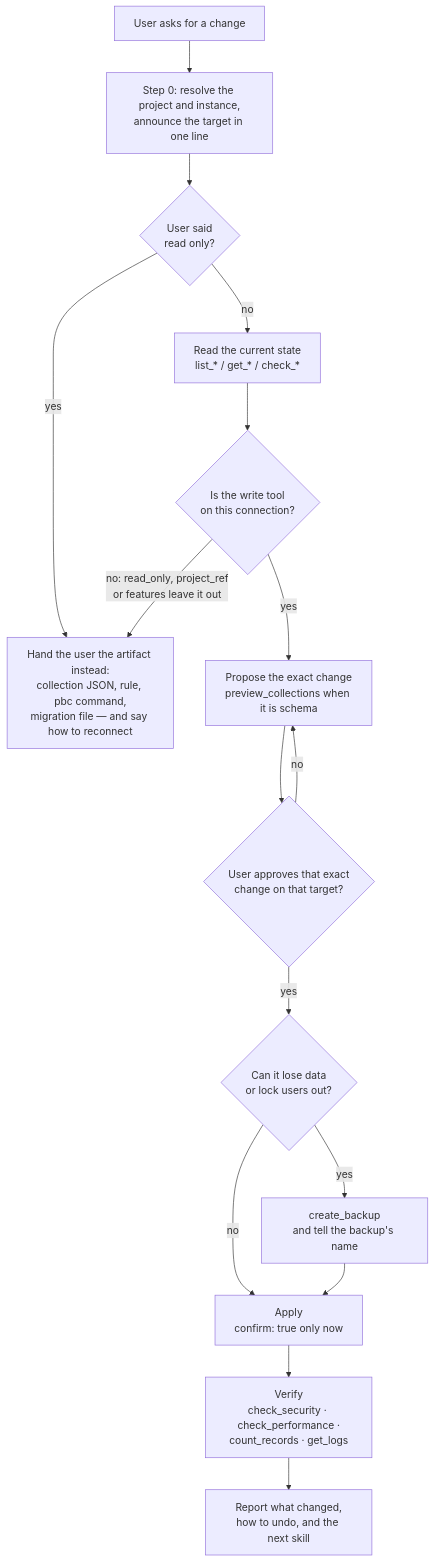
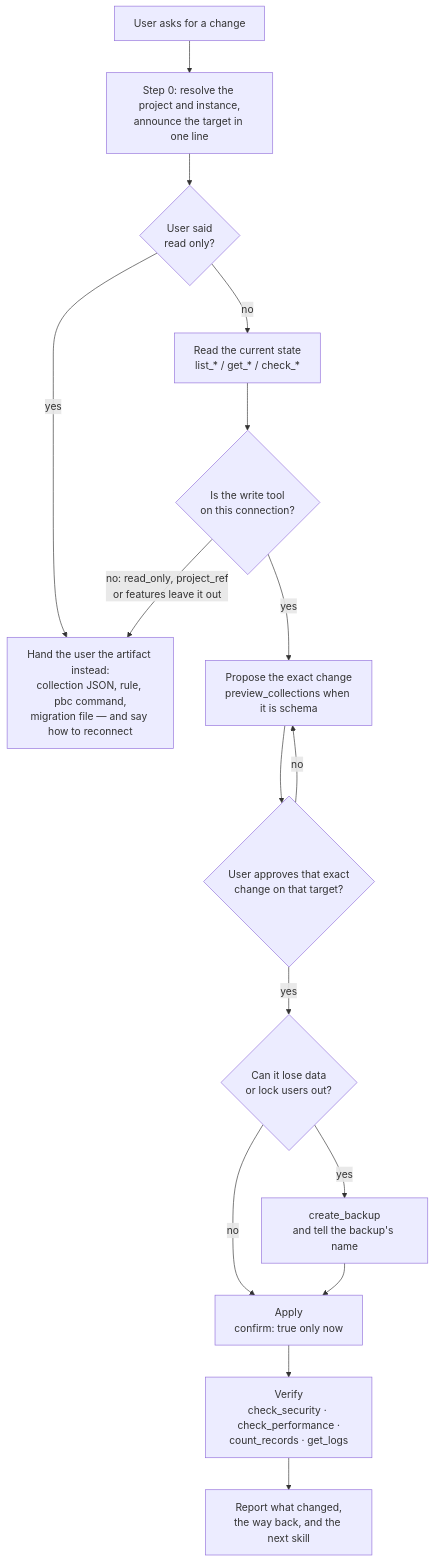
One commit to pocketbasecloud/mcp changed the third of 8 diagrams in docs/skill-design/use-cases.md. Above: the diagram before and after it, drawn with Mermaid. The commit also changed other lines of this file and 4 other files, not shown here.

````diff
--- a/docs/skill-design/use-cases.md
+++ b/docs/skill-design/use-cases.md
@@ -152,18 +153,18 @@
 ```mermaid
 flowchart TD
   ask["User asks for a change"] --> target["Step 0: resolve the project and instance,<br/>announce the target in one line"]
   target --> ro{"User said<br/>read only?"}
   ro -->|yes| hand
   ro -->|no| read["Read the current state<br/>list_* / get_* / check_*"]
   read --> tool{"Is the write tool<br/>on this connection?"}
   tool -->|"no: read_only, project_ref<br/>or features leave it out"| hand["Hand the user the artifact instead:<br/>collection JSON, rule, pbc command,<br/>migration file — and say how to reconnect"]
   tool -->|yes| plan["Propose the exact change<br/>preview_collections when it is schema"]
   plan --> ok{"User approves that exact<br/>change on that target?"}
   ok -->|no| plan
   ok -->|yes| risky{"Can it lose data<br/>or lock users out?"}
   risky -->|yes| backup["create_backup<br/>and tell the backup's name"]
   risky -->|no| apply
   backup --> apply["Apply<br/>confirm: true only now"]
   apply --> verify["Verify<br/>check_security · check_performance ·<br/>count_records · get_logs"]
-  verify --> next["Report what changed,<br/>how to undo, and the next skill"]
+  verify --> next["Report what changed,<br/>the way back, and the next skill"]
 ```
````
